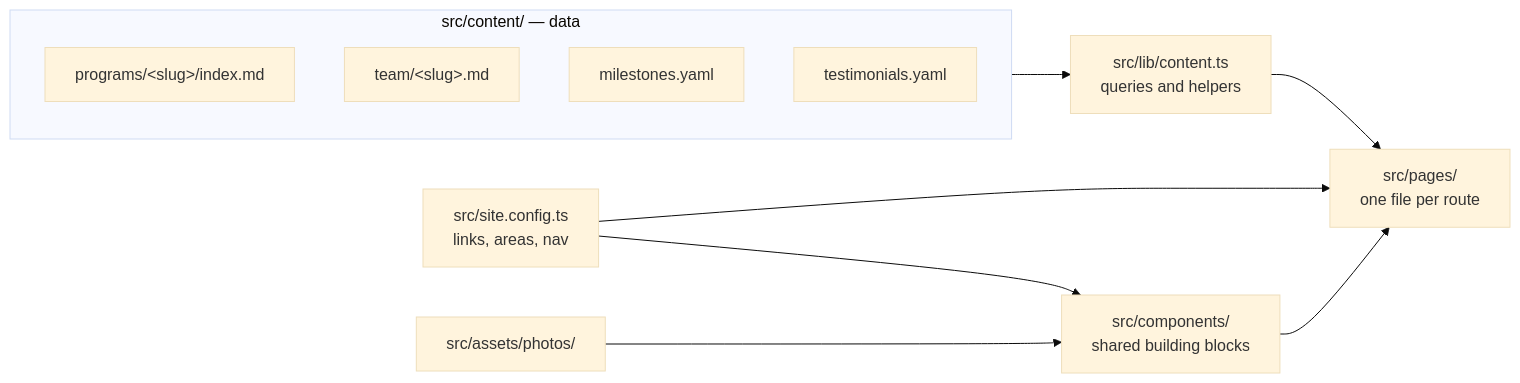
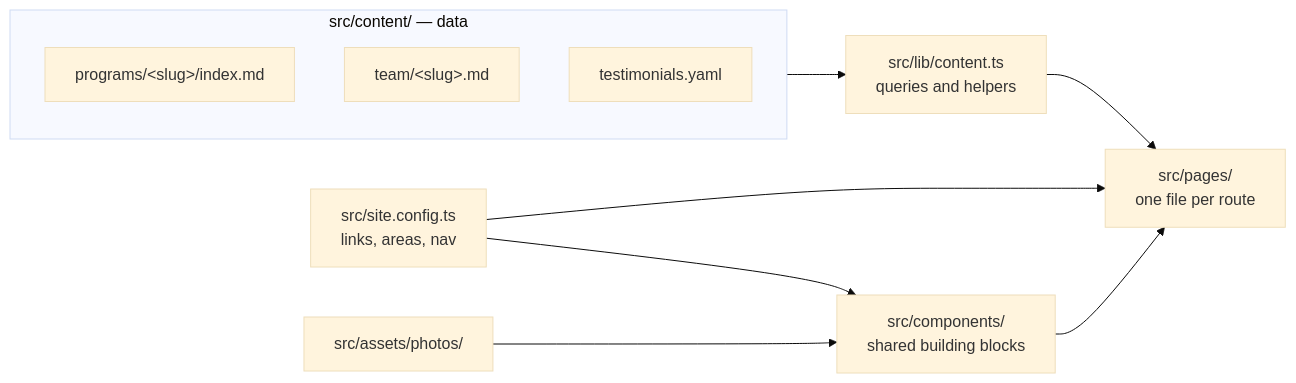
The first of 2 diagrams in AGENTS.md (Sabeel-Institute/sabeel-website-test), drawn with Mermaid (base theme) before and after one commit. The commit also changed other lines of this file and 6 other files, not shown here.

````diff
--- a/AGENTS.md
+++ b/AGENTS.md
@@ -61,19 +61,18 @@
 ```mermaid
 flowchart LR
   subgraph content["src/content/ — data"]
     P["programs/&lt;slug&gt;/index.md"]
     T["team/&lt;slug&gt;.md"]
-    M["milestones.yaml"]
     Q["testimonials.yaml"]
   end
   CFG["src/site.config.ts<br/>links, areas, nav"]
   PH["src/assets/photos/"]
   LIB["src/lib/content.ts<br/>queries and helpers"]
   CMP["src/components/<br/>shared building blocks"]
   PG["src/pages/<br/>one file per route"]
   content --> LIB --> PG
   CFG --> PG
   CFG --> CMP
   PH --> CMP
   CMP --> PG
 ```
````
